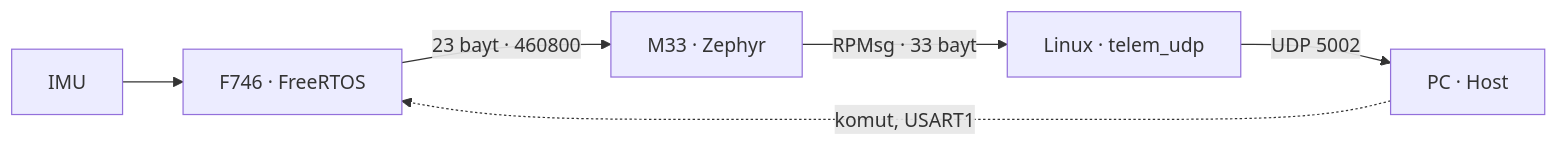
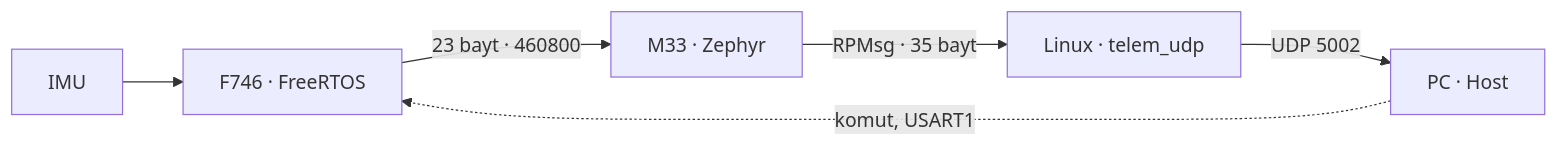
Before and after one commit to a-sahiny/Odev_RTOS_Project_H6: the diagram in Rapor/Obsidian_Kasasi/00 Başlangıç.md, drawn with Mermaid. The commit also changed 18 other files, not shown here.

First line of the commit message:
Host'ta canlı gecikme: F746 ve MP257 süreleri, 35 baytlık TELEM

````diff
--- a/Rapor/Obsidian_Kasasi/00 Başlangıç.md
+++ b/Rapor/Obsidian_Kasasi/00 Başlangıç.md
@@ -10,5 +10,5 @@
 ```mermaid
 flowchart LR
-  IMU --> F746["F746 · FreeRTOS"] -->|"23 bayt · 460800"| M33["M33 · Zephyr"] -->|"RPMsg · 33 bayt"| LNX["Linux · telem_udp"] -->|"UDP 5002"| PC["PC · Host"]
+  IMU --> F746["F746 · FreeRTOS"] -->|"23 bayt · 460800"| M33["M33 · Zephyr"] -->|"RPMsg · 35 bayt"| LNX["Linux · telem_udp"] -->|"UDP 5002"| PC["PC · Host"]
   PC -.->|"komut, USART1"| F746
 ```
````
